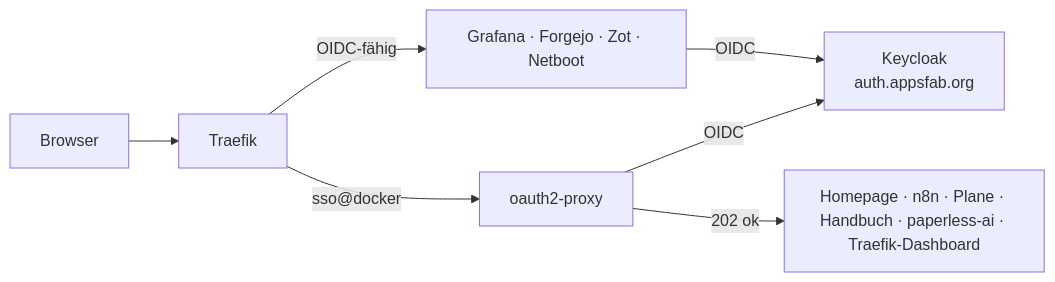
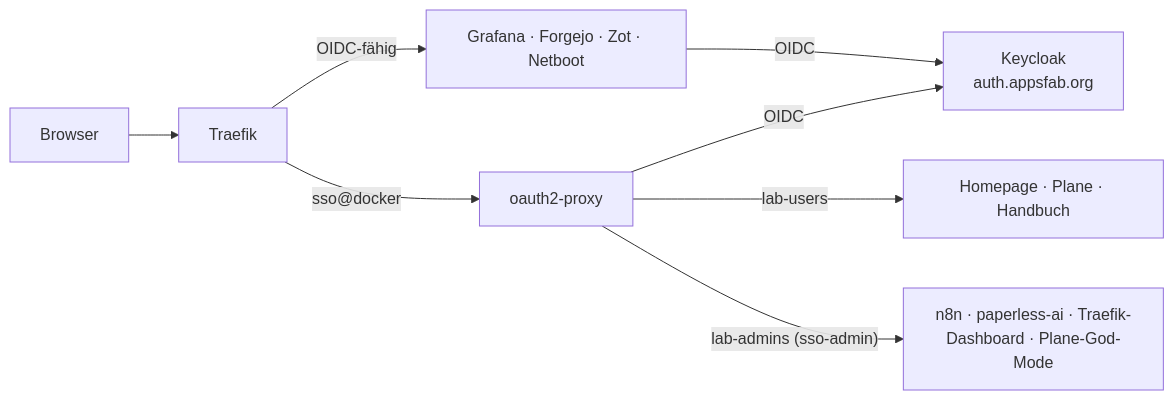
One commit to appwerkstatt/homelab-gitops changed the diagram in docs/sicherheit/sso.md. Above: the diagram before and after it, drawn with Mermaid. The commit also changed other lines of this file and 21 other files, not shown here.

First line of the commit message:
feat(auth): Rechtekonzept mit Admin-Schranke sso-admin

````diff
--- a/docs/sicherheit/sso.md
+++ b/docs/sicherheit/sso.md
@@ -6,9 +6,10 @@
 ```mermaid
 flowchart LR
   user[Browser] --> traefik[Traefik]
   traefik -->|OIDC-fähig| app1[Grafana · Forgejo · Zot · Netboot]
   app1 -->|OIDC| kc[Keycloak<br/>auth.appsfab.org]
   traefik -->|"sso@docker"| o2p[oauth2-proxy]
   o2p -->|OIDC| kc
-  o2p -->|"202 ok"| app2[Homepage · n8n · Plane · Handbuch · paperless-ai · Traefik-Dashboard]
+  o2p -->|"lab-users"| app2[Homepage · Plane · Handbuch]
+  o2p -->|"lab-admins (sso-admin)"| app3[n8n · paperless-ai · Traefik-Dashboard · Plane-God-Mode]
 ```
````
